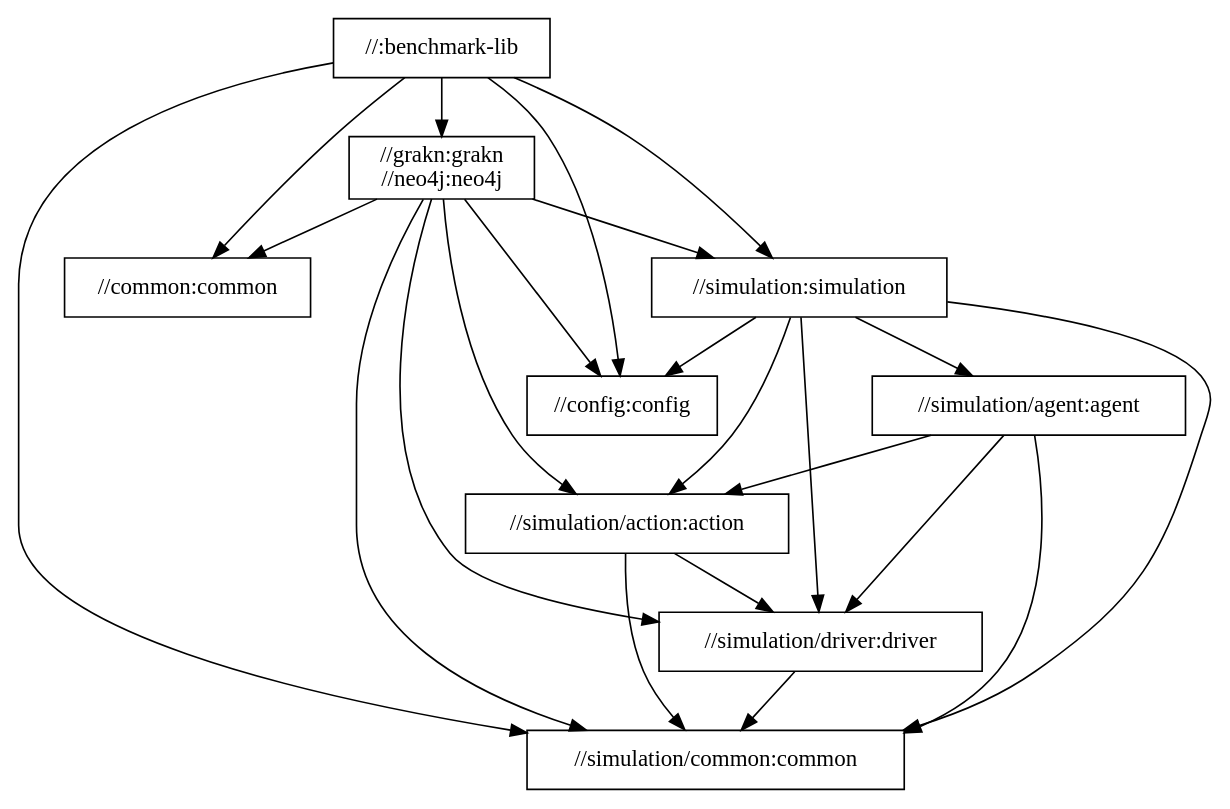
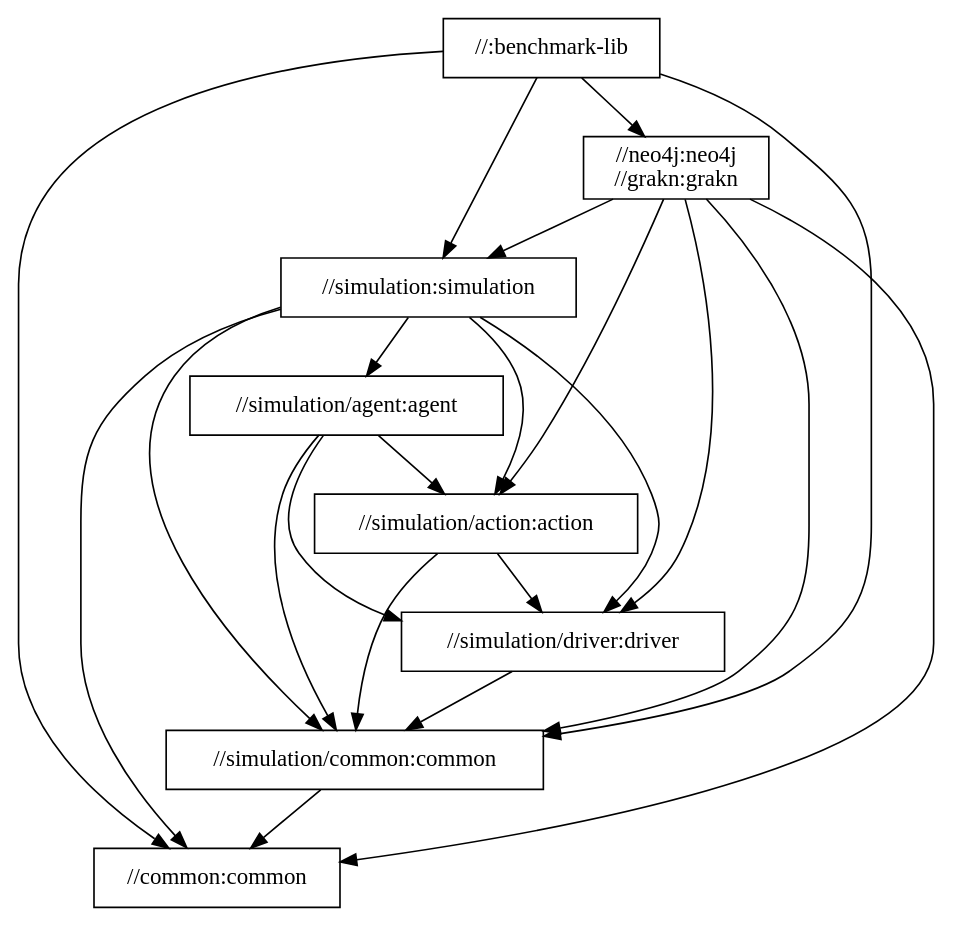
Before and after one commit to typedb/typedb-benchmark: the diagram in docs/package-structure.dot, drawn with Graphviz. The commit also changed 21 other files, not shown here.

```diff
--- a/docs/package-structure.dot
+++ b/docs/package-structure.dot
@@ -1,34 +1,32 @@
 digraph mygraph {
   node [shape=box];
   "//:benchmark-lib"
   "//:benchmark-lib" -> "//common:common"
-  "//:benchmark-lib" -> "//config:config"
-  "//:benchmark-lib" -> "//grakn:grakn\n//neo4j:neo4j"
+  "//:benchmark-lib" -> "//neo4j:neo4j\n//grakn:grakn"
   "//:benchmark-lib" -> "//simulation:simulation"
   "//:benchmark-lib" -> "//simulation/common:common"
-  "//grakn:grakn\n//neo4j:neo4j"
-  "//grakn:grakn\n//neo4j:neo4j" -> "//common:common"
-  "//grakn:grakn\n//neo4j:neo4j" -> "//config:config"
-  "//grakn:grakn\n//neo4j:neo4j" -> "//simulation:simulation"
-  "//grakn:grakn\n//neo4j:neo4j" -> "//simulation/action:action"
-  "//grakn:grakn\n//neo4j:neo4j" -> "//simulation/common:common"
-  "//grakn:grakn\n//neo4j:neo4j" -> "//simulation/driver:driver"
+  "//neo4j:neo4j\n//grakn:grakn"
+  "//neo4j:neo4j\n//grakn:grakn" -> "//common:common"
+  "//neo4j:neo4j\n//grakn:grakn" -> "//simulation:simulation"
+  "//neo4j:neo4j\n//grakn:grakn" -> "//simulation/action:action"
+  "//neo4j:neo4j\n//grakn:grakn" -> "//simulation/common:common"
+  "//neo4j:neo4j\n//grakn:grakn" -> "//simulation/driver:driver"
   "//simulation:simulation"
-  "//simulation:simulation" -> "//config:config"
+  "//simulation:simulation" -> "//common:common"
   "//simulation:simulation" -> "//simulation/action:action"
   "//simulation:simulation" -> "//simulation/agent:agent"
   "//simulation:simulation" -> "//simulation/common:common"
   "//simulation:simulation" -> "//simulation/driver:driver"
-  "//common:common"
   "//simulation/agent:agent"
   "//simulation/agent:agent" -> "//simulation/action:action"
   "//simulation/agent:agent" -> "//simulation/common:common"
   "//simulation/agent:agent" -> "//simulation/driver:driver"
   "//simulation/action:action"
   "//simulation/action:action" -> "//simulation/common:common"
   "//simulation/action:action" -> "//simulation/driver:driver"
   "//simulation/driver:driver"
   "//simulation/driver:driver" -> "//simulation/common:common"
-  "//config:config"
   "//simulation/common:common"
+  "//simulation/common:common" -> "//common:common"
+  "//common:common"
 }
```
